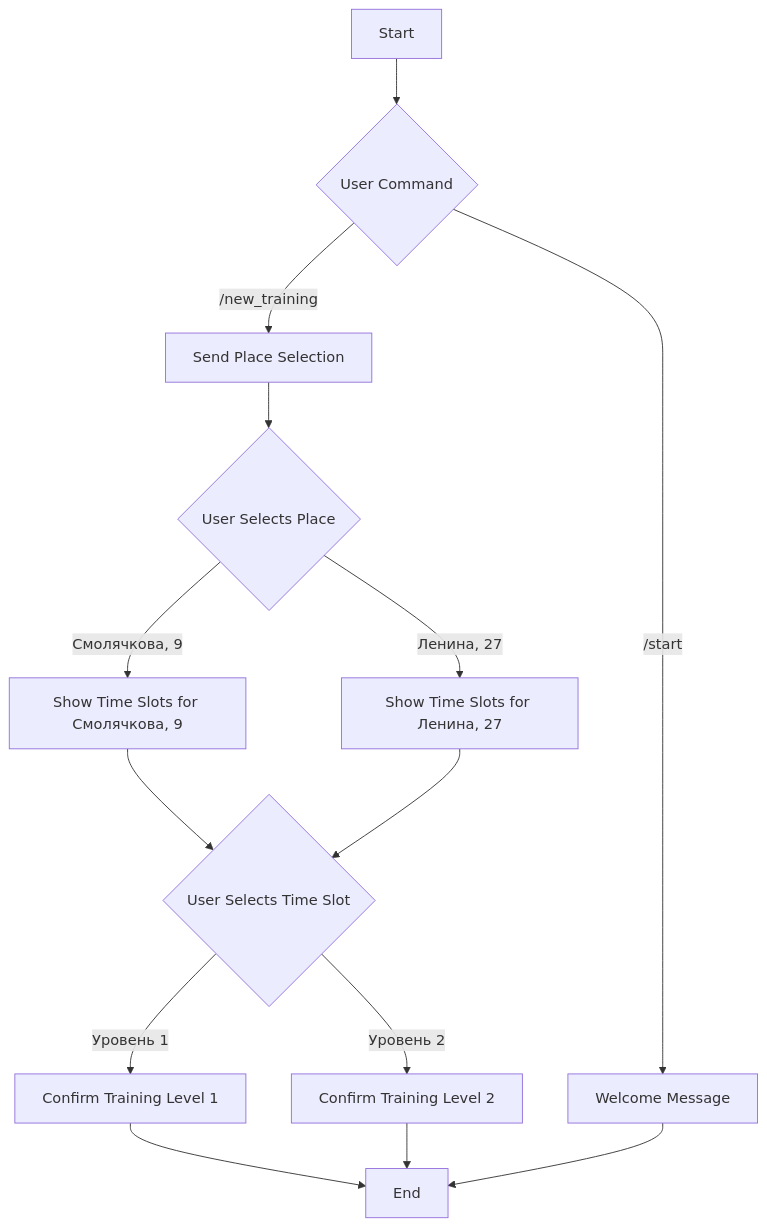
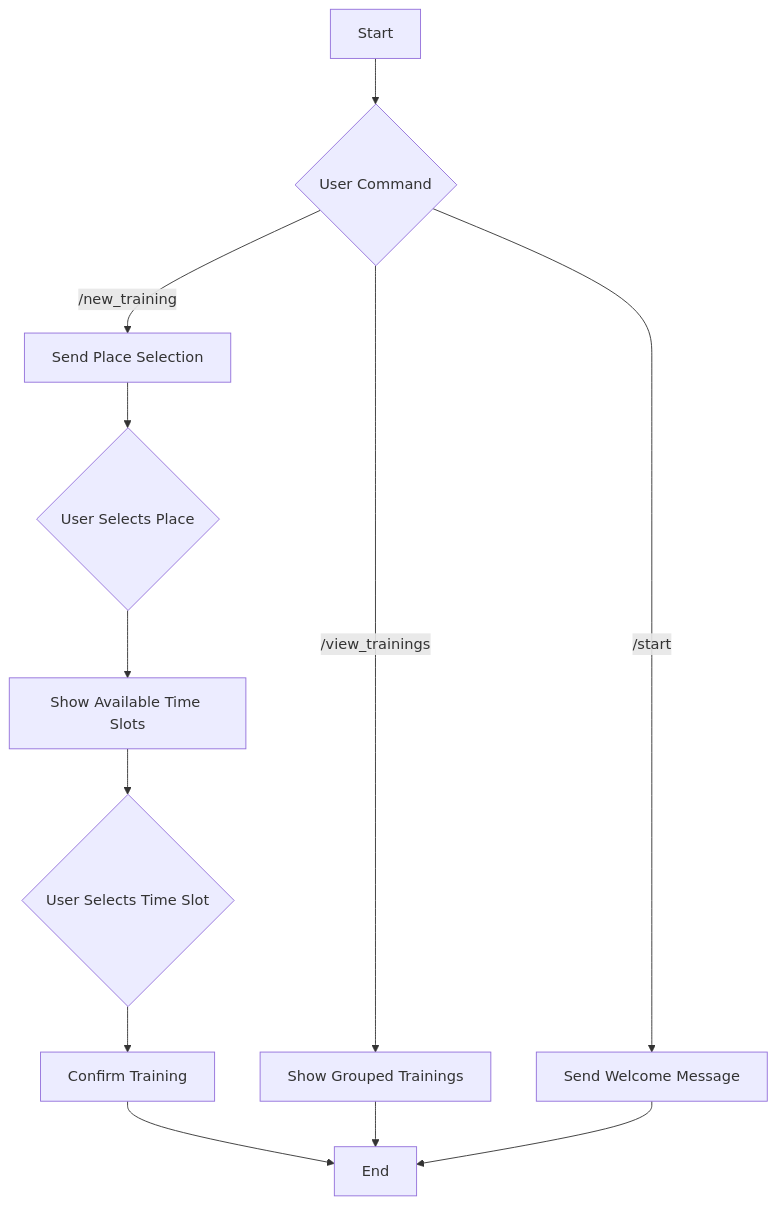
The diagram in README.md (tubopo/tennis-tg-bot), drawn with Mermaid before and after one commit. The commit also changed other lines of this file, not shown here.

````diff
--- a/README.md
+++ b/README.md
@@ -20,16 +21,14 @@
 ```mermaid
 graph TD
     A[Start] --> B{User Command}
-    B -->|/start| C[Welcome Message]
+    B -->|/start| C[Send Welcome Message]
     B -->|/new_training| D[Send Place Selection]
-    D --> E{User Selects Place}
-    E -->|Смолячкова, 9| F[Show Time Slots for Смолячкова, 9]
-    E -->|Ленина, 27| G[Show Time Slots for Ленина, 27]
-    F --> H{User Selects Time Slot}
-    G --> H
-    H -->|Уровень 1| I[Confirm Training Level 1]
-    H -->|Уровень 2| J[Confirm Training Level 2]
-    I --> K[End]
-    J --> K
-    C --> K
+    B -->|/view_trainings| E[Show Grouped Trainings]
+    D --> F{User Selects Place}
+    F --> G[Show Available Time Slots]
+    G --> H{User Selects Time Slot}
+    H --> I[Confirm Training]
+    I --> J[End]
+    E --> J
+    C --> J
 ```
````
